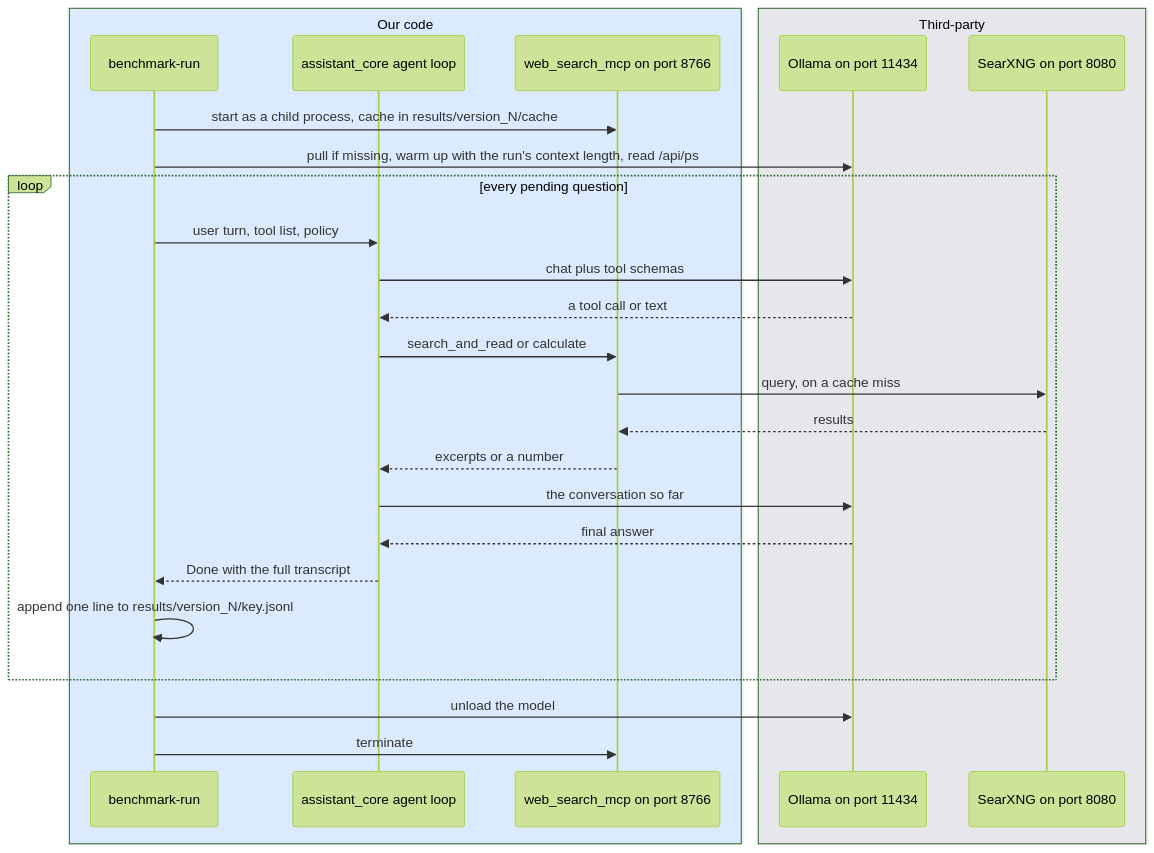
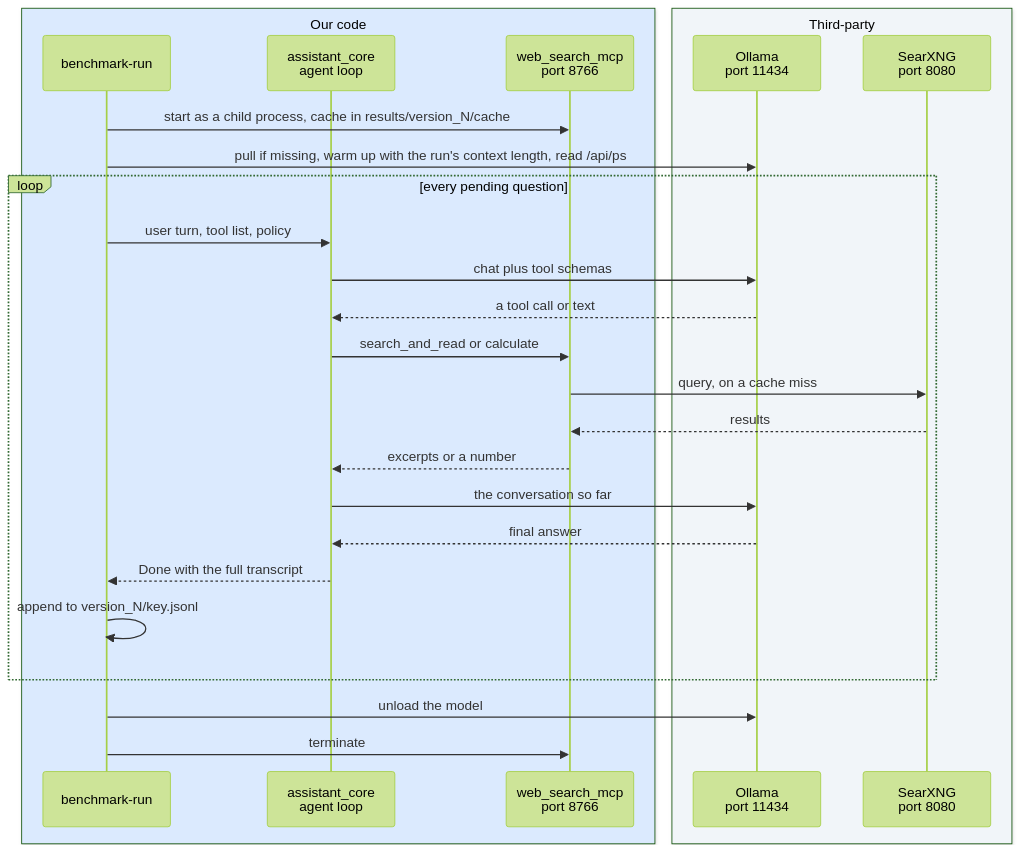
One commit to seanlin2000/home_assistant changed the third of 6 diagrams in operator_manual/01_llm_benchmark.md. Above: the diagram before and after it, drawn with Mermaid (forest theme). The commit also changed other lines of this file and 33 other files, not shown here.

First line of the commit message:
Diagrams rendered at build time by ELK with a light theme, redrawn as layers; the manual becomes the Home Assistant Handbook

````diff
--- a/operator_manual/01_llm_benchmark.md
+++ b/operator_manual/01_llm_benchmark.md
@@ -66,29 +70,29 @@
 ```mermaid
 sequenceDiagram
     box rgb(219,234,254) Our code
         participant run as benchmark-run
-        participant agent as assistant_core agent loop
-        participant mcp as web_search_mcp on port 8766
+        participant agent as assistant_core<br/>agent loop
+        participant mcp as web_search_mcp<br/>port 8766
     end
-    box rgb(229,231,235) Third-party
-        participant ollama as Ollama on port 11434
-        participant searxng as SearXNG on port 8080
+    box rgb(241,245,249) Third-party
+        participant ollama as Ollama<br/>port 11434
+        participant searxng as SearXNG<br/>port 8080
     end
     run->>mcp: start as a child process, cache in results/version_N/cache
     run->>ollama: pull if missing, warm up with the run's context length, read /api/ps
     loop every pending question
         run->>agent: user turn, tool list, policy
         agent->>ollama: chat plus tool schemas
         ollama-->>agent: a tool call or text
         agent->>mcp: search_and_read or calculate
         mcp->>searxng: query, on a cache miss
         searxng-->>mcp: results
         mcp-->>agent: excerpts or a number
         agent->>ollama: the conversation so far
         ollama-->>agent: final answer
         agent-->>run: Done with the full transcript
-        run->>run: append one line to results/version_N/key.jsonl
+        run->>run: append to version_N/key.jsonl
     end
     run->>ollama: unload the model
     run->>mcp: terminate
 ```
````
